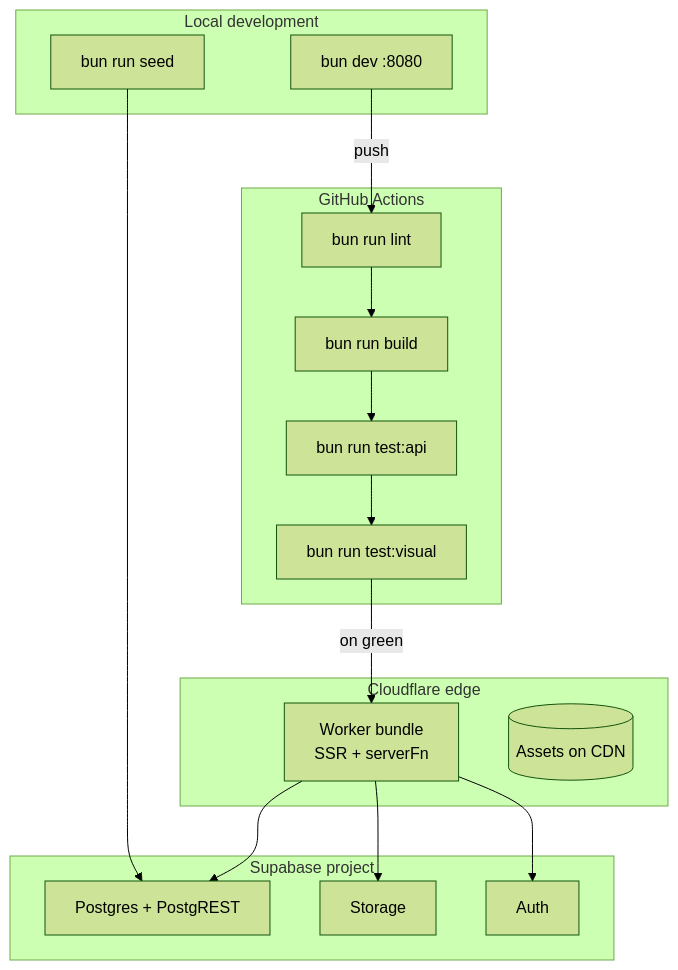
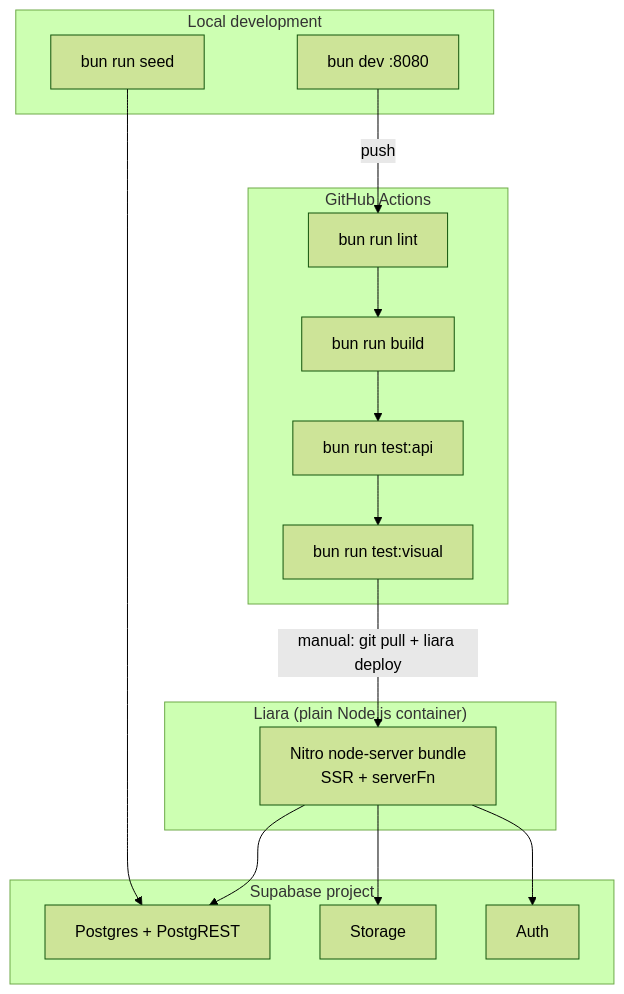
Before and after one commit to daneshavaran2/parkfava: the third of 11 diagrams in README.md, drawn with Mermaid (forest theme). The commit also changed other lines of this file, not shown here.

````diff
--- a/README.md
+++ b/README.md
@@ -204,32 +210,31 @@
 ```mermaid
 graph TB
   subgraph Dev["Local development"]
     D1[bun dev :8080]
     D2[bun run seed]
   end
 
   subgraph CI["GitHub Actions"]
     C1[bun run lint]
     C2[bun run build]
     C3[bun run test:api]
     C4[bun run test:visual]
   end
 
-  subgraph Prod["Cloudflare edge"]
-    W[Worker bundle<br/>SSR + serverFn]
-    KV[(Assets on CDN)]
+  subgraph Prod["Liara (plain Node.js container)"]
+    W[Nitro node-server bundle<br/>SSR + serverFn]
   end
 
   subgraph Managed["Supabase project"]
     M1[Postgres + PostgREST]
     M2[Storage]
     M3[Auth]
   end
 
   D1 -->|push| C1 --> C2 --> C3 --> C4
-  C4 -->|on green| W
+  C4 -->|manual: git pull + liara deploy| W
   W --> M1
   W --> M2
   W --> M3
   D2 --> M1
 ```
````
